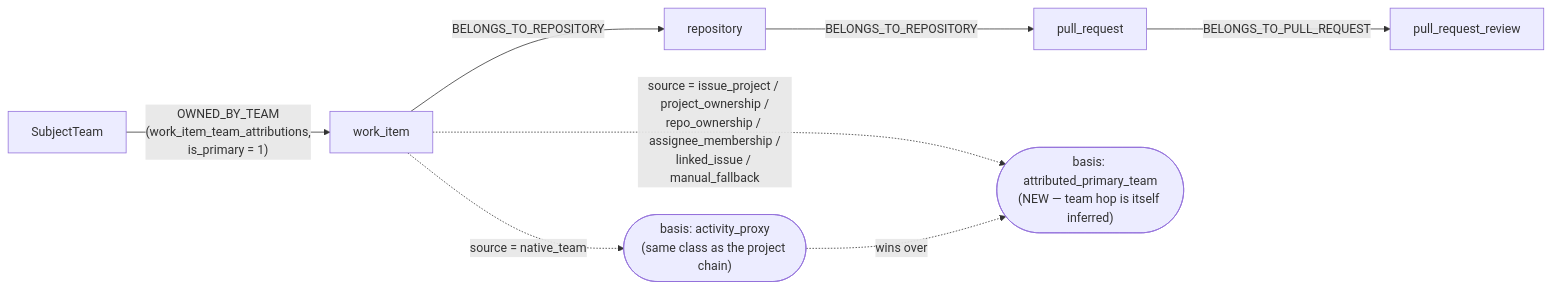
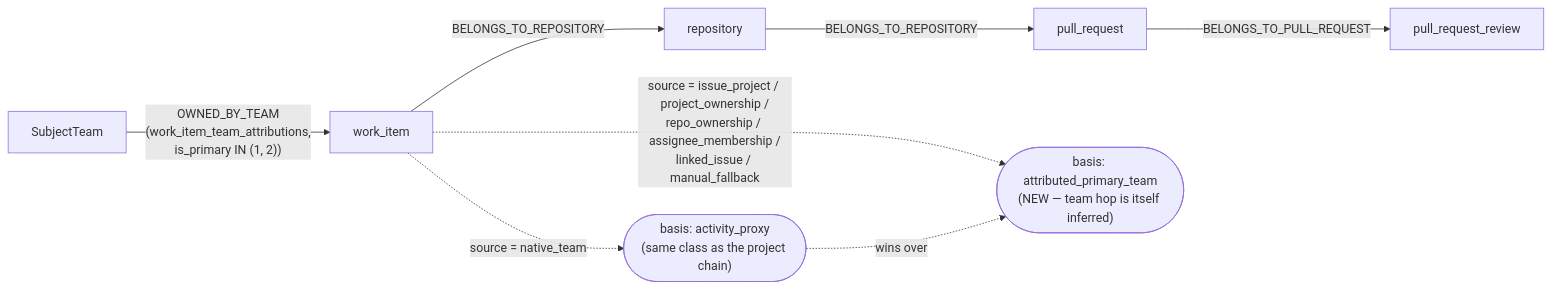
The diagram in docs/design/context-fabric-fact-scope.md (full-chaos/dev-health-acr), drawn with Mermaid before and after one commit. The commit also changed 20 other files, not shown here.

````diff
--- a/docs/design/context-fabric-fact-scope.md
+++ b/docs/design/context-fabric-fact-scope.md
@@ -641,12 +641,12 @@
 ```mermaid
 flowchart LR
-    T["SubjectTeam"] -->|"OWNED_BY_TEAM<br/>(work_item_team_attributions,<br/>is_primary = 1)"| WI["work_item"]
+    T["SubjectTeam"] -->|"OWNED_BY_TEAM<br/>(work_item_team_attributions,<br/>is_primary IN (1, 2))"| WI["work_item"]
     WI -->|"BELONGS_TO_REPOSITORY"| R["repository"]
     R -->|"BELONGS_TO_REPOSITORY"| PR["pull_request"]
     PR -->|"BELONGS_TO_PULL_REQUEST"| RV["pull_request_review"]
 
     WI -. "source = native_team" .-> B1(["basis: activity_proxy<br/>(same class as the project chain)"])
     WI -. "source = issue_project / project_ownership /<br/>repo_ownership / assignee_membership /<br/>linked_issue / manual_fallback" .-> B2(["basis: attributed_primary_team<br/>(NEW — team hop is itself inferred)"])
 
     B1 -. "wins over" .-> B2
 ```
````
